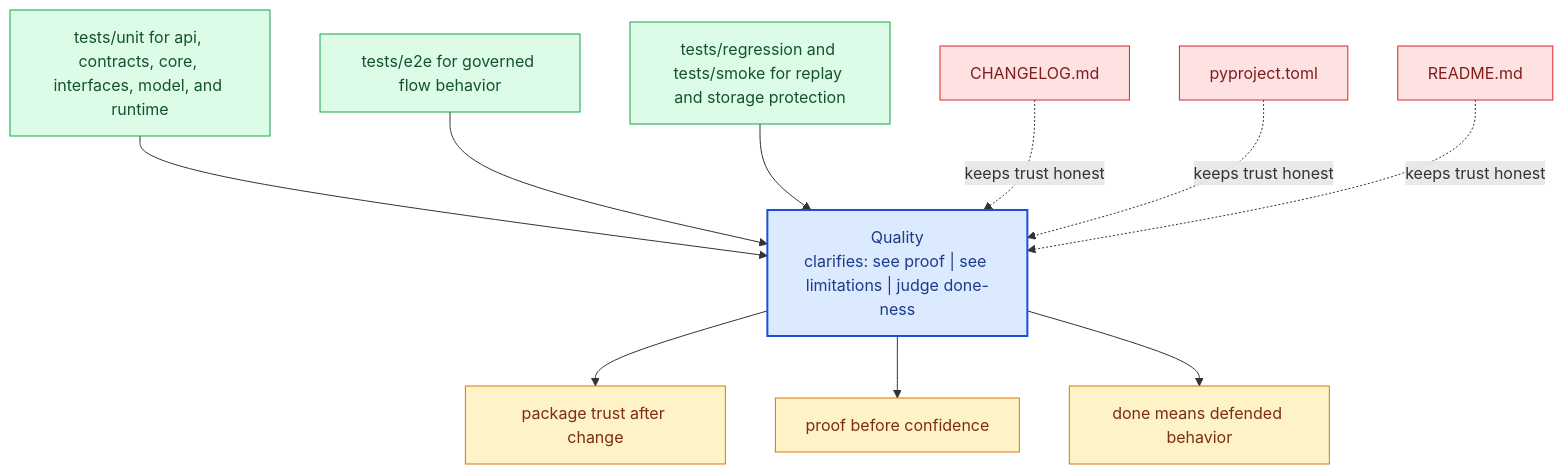
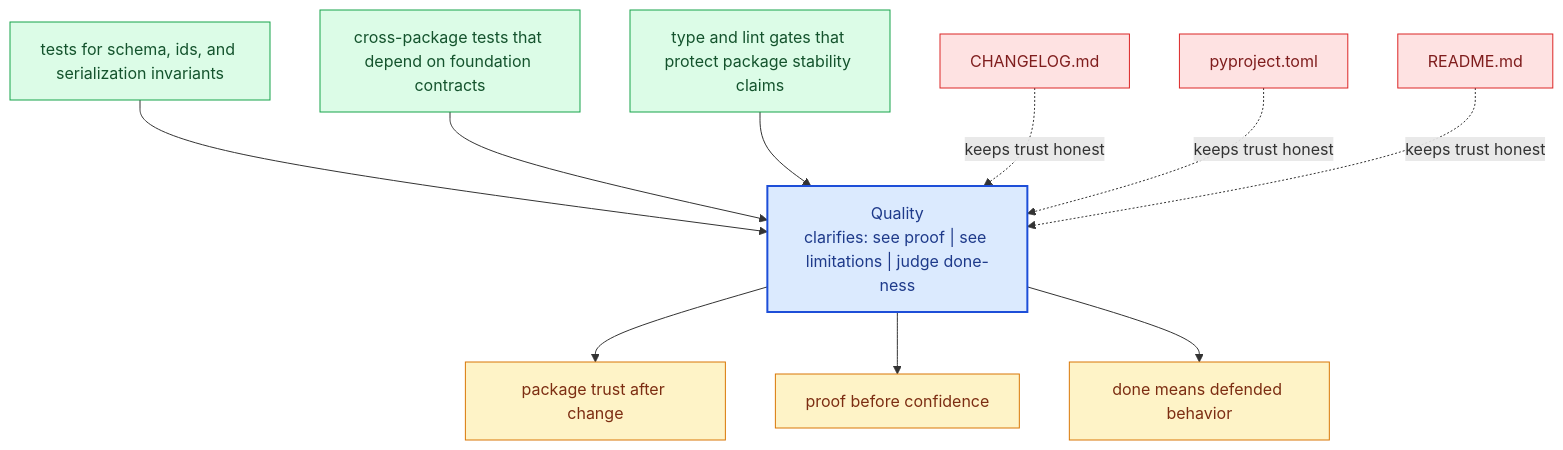
Before and after one commit to bijux/bijux-proteomics: the diagram in docs/bijux-proteomics-foundation/quality/index.md, drawn with Mermaid. The commit also changed other lines of this file, not shown here.

Commit message:
docs(foundation-quality): tie proof narrative to real foundation checks

````diff
--- a/docs/bijux-proteomics-foundation/quality/index.md
+++ b/docs/bijux-proteomics-foundation/quality/index.md
@@ -20,31 +20,31 @@
 ```mermaid
 flowchart TB
     page["Quality<br/>clarifies: see proof | see limitations | judge done-ness"]
     classDef page fill:#dbeafe,stroke:#1d4ed8,color:#1e3a8a,stroke-width:2px;
     classDef positive fill:#dcfce7,stroke:#16a34a,color:#14532d;
     classDef caution fill:#fee2e2,stroke:#dc2626,color:#7f1d1d;
     classDef anchor fill:#ede9fe,stroke:#7c3aed,color:#4c1d95;
     classDef action fill:#fef3c7,stroke:#d97706,color:#7c2d12;
-    proof1["tests/unit for api, contracts, core, interfaces, model, and runtime"]
+    proof1["tests for schema, ids, and serialization invariants"]
     proof1 --> page
-    proof2["tests/e2e for governed flow behavior"]
+    proof2["cross-package tests that depend on foundation contracts"]
     proof2 --> page
-    proof3["tests/regression and tests/smoke for replay and storage protection"]
+    proof3["type and lint gates that protect package stability claims"]
     proof3 --> page
     risk1["CHANGELOG.md"]
     risk1 -.keeps trust honest.-> page
     risk2["pyproject.toml"]
     risk2 -.keeps trust honest.-> page
     risk3["README.md"]
     risk3 -.keeps trust honest.-> page
     bar1["package trust after change"]
     page --> bar1
     bar2["proof before confidence"]
     page --> bar2
     bar3["done means defended behavior"]
     page --> bar3
     class page page;
     class proof1,proof2,proof3 positive;
     class risk1,risk2,risk3 caution;
     class bar1,bar2,bar3 action;
 ```
````
